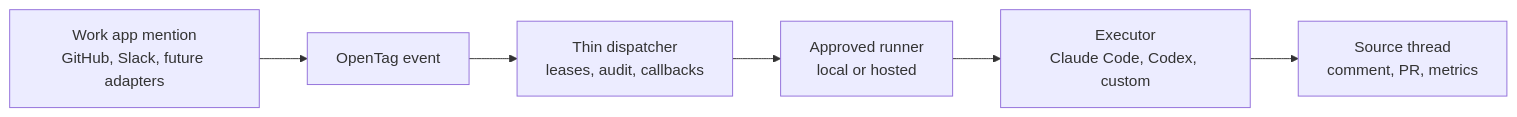
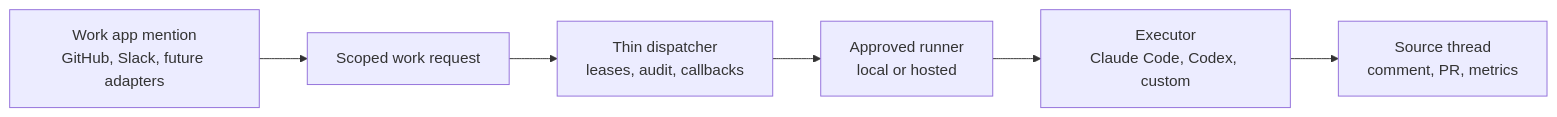
Before and after one commit to bankThanabat/opentag: the diagram in README.md, drawn with Mermaid. The commit also changed other lines of this file and 2 other files, not shown here.

First line of the commit message:
Make OpenTag's README prove the demo path faster

````diff
--- a/README.md
+++ b/README.md
@@ -59,8 +61,8 @@
 ```mermaid
 flowchart LR
-    A["Work app mention<br/>GitHub, Slack, future adapters"] --> B["OpenTag event"]
+    A["Work app mention<br/>GitHub, Slack, future adapters"] --> B["Scoped work request"]
     B --> C["Thin dispatcher<br/>leases, audit, callbacks"]
     C --> D["Approved runner<br/>local or hosted"]
     D --> E["Executor<br/>Claude Code, Codex, custom"]
     E --> F["Source thread<br/>comment, PR, metrics"]
 ```
````
